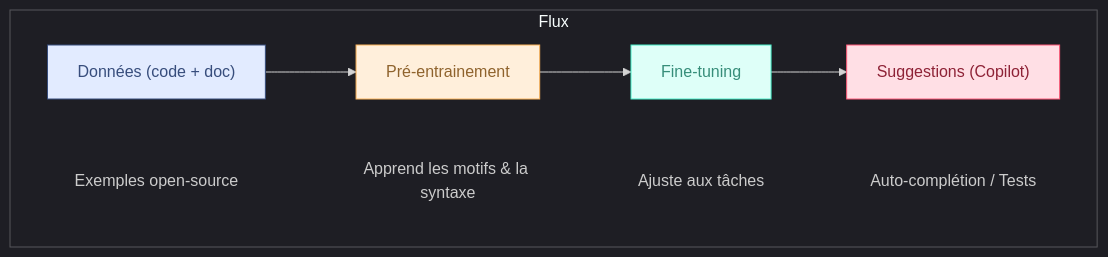
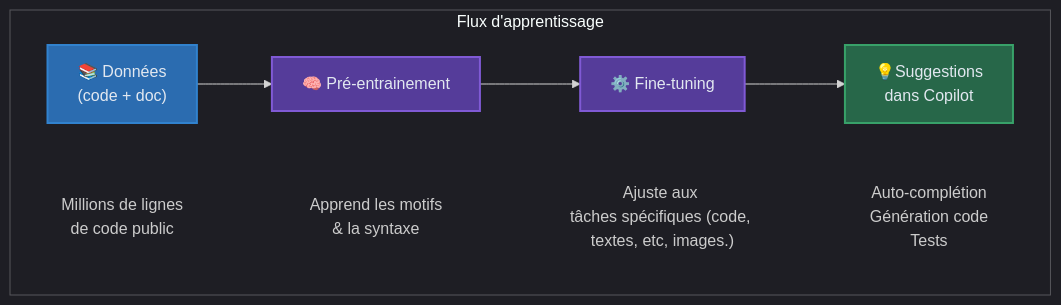
The second of 5 diagrams in INTRO.md (zidtalel/AtelierIA), drawn with Mermaid before and after one commit. The commit also changed other lines of this file and 3 other files, not shown here.

````diff
--- a/INTRO.md
+++ b/INTRO.md
@@ -80,30 +151,32 @@
 ```mermaid
 %%{init: {'theme':'dark'}}%%
 flowchart TD
-subgraph subGraph0 ["Flux"]
+subgraph subGraph0 ["Flux d'apprentissage"]
   direction LR
-    D["Données (code + doc)"] --> P["Pré-entrainement"]
-    P --> FT["Fine-tuning"]
-    FT --> SUG["Suggestions (Copilot)"]
-  n1["Exemples open-source"] --- n2["Apprend les motifs & la syntaxe"]
-    n2 --- n4["Ajuste aux tâches"]
-    n4 --- n3["Auto-complétion / Tests"]
+    D["📚 Données<br/>(code + doc)"] --> P["🧠 Pré-entrainement"]
+    P --> FT["⚙️ Fine-tuning"]
+    FT --> SUG["💡Suggestions<br/> dans Copilot"]
+    
+  n1["Millions de lignes<br/>de code public"] --- n2["Apprend les motifs<br/> & la syntaxe"]
+    n2 --- n4["Ajuste aux <br/>tâches spécifiques (code, textes, etc, images.)"]
+    n4 --- n3["Auto-complétion<br/> Génération code<br/> Tests"]
 end
 
     n1@{ shape: text}
     n2@{ shape: text}
     n4@{ shape: text}
     n3@{ shape: text}
-     D:::Sky
-     P:::Peach
-     FT:::Aqua
-     SUG:::Rose
-    classDef Sky stroke-width:1px, stroke-dasharray:none, stroke:#374D7C, fill:#E2EBFF, color:#374D7C
-    classDef Peach stroke-width:1px, stroke-dasharray:none, stroke:#FBB35A, fill:#FFEFDB, color:#8F632D
-    classDef Aqua stroke-width:1px, stroke-dasharray:none, stroke:#46EDC8, fill:#DEFFF8, color:#378E7A
-    classDef Rose stroke-width:1px, stroke-dasharray:none, stroke:#FF5978, fill:#FFDFE5, color:#8E2236
+     D:::dataClass
+     P:::learnClass
+     FT:::learnClass
+     SUG:::outputClass
+
+    classDef dataClass fill:#2b6cb0,stroke:#3182ce,stroke-width:2px,color:#e2e8f0
+    classDef learnClass fill:#553c9a,stroke:#805ad5,stroke-width:2px,color:#e2e8f0
+    classDef outputClass fill:#276749,stroke:#38a169,stroke-width:2px,color:#e2e8f0
+
     style subGraph0 fill:transparent
     linkStyle 3 stroke:none,fill:none
     linkStyle 4 stroke:none,fill:none
     linkStyle 5 stroke:none
 ```
````
